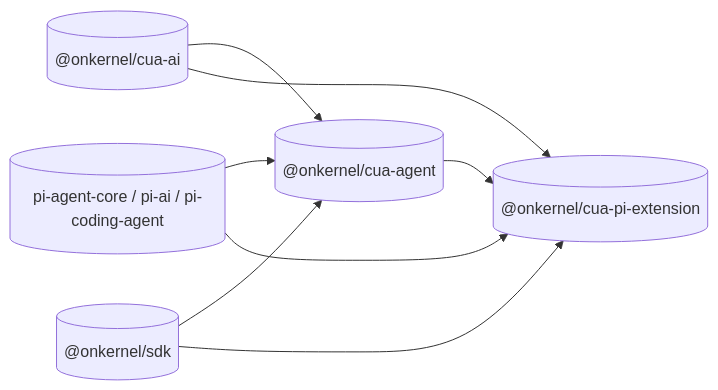
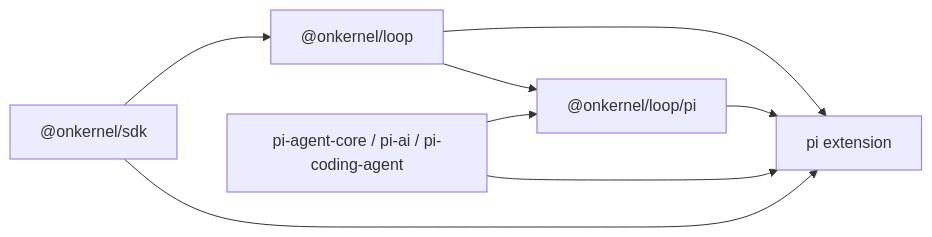
One commit to kernel/browser-loop changed the diagram in README.md. Above: the diagram before and after it, drawn with Mermaid. The commit also changed other lines of this file and 201 other files, not shown here.

````diff
--- a/README.md
+++ b/README.md
@@ -68,15 +66,15 @@
 ```mermaid
 flowchart LR
-  ai[("@onkernel/cua-ai")]
-  agent[("@onkernel/cua-agent")]
-  ext[("@onkernel/cua-pi-extension")]
-  pi[("pi-agent-core / pi-ai / pi-coding-agent")]
-  sdk[("@onkernel/sdk")]
-  ai --> agent
-  agent --> ext
-  ai --> ext
-  pi --> agent
+  core["@onkernel/loop"]
+  pibind["@onkernel/loop/pi"]
+  ext["pi extension"]
+  pi["pi-agent-core / pi-ai / pi-coding-agent"]
+  sdk["@onkernel/sdk"]
+  core --> pibind
+  core --> ext
+  pibind --> ext
+  pi --> pibind
   pi --> ext
-  sdk --> agent
+  sdk --> core
   sdk --> ext
 ```
````
